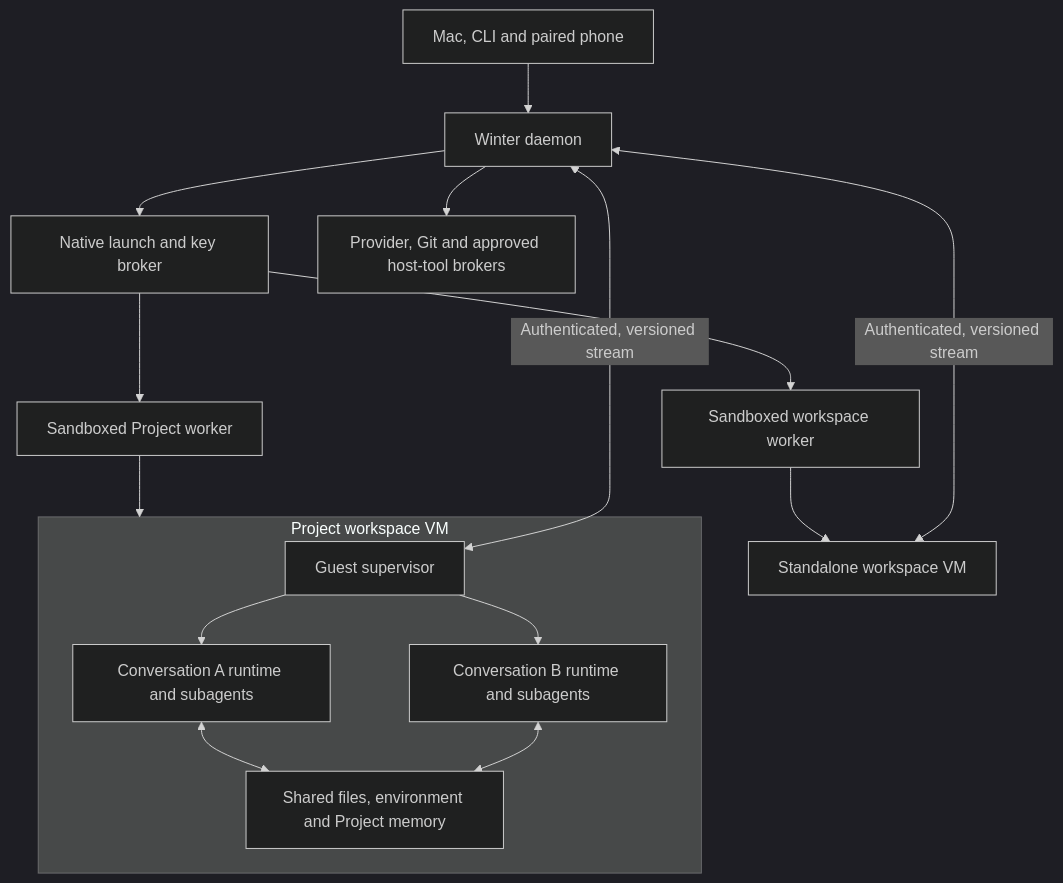
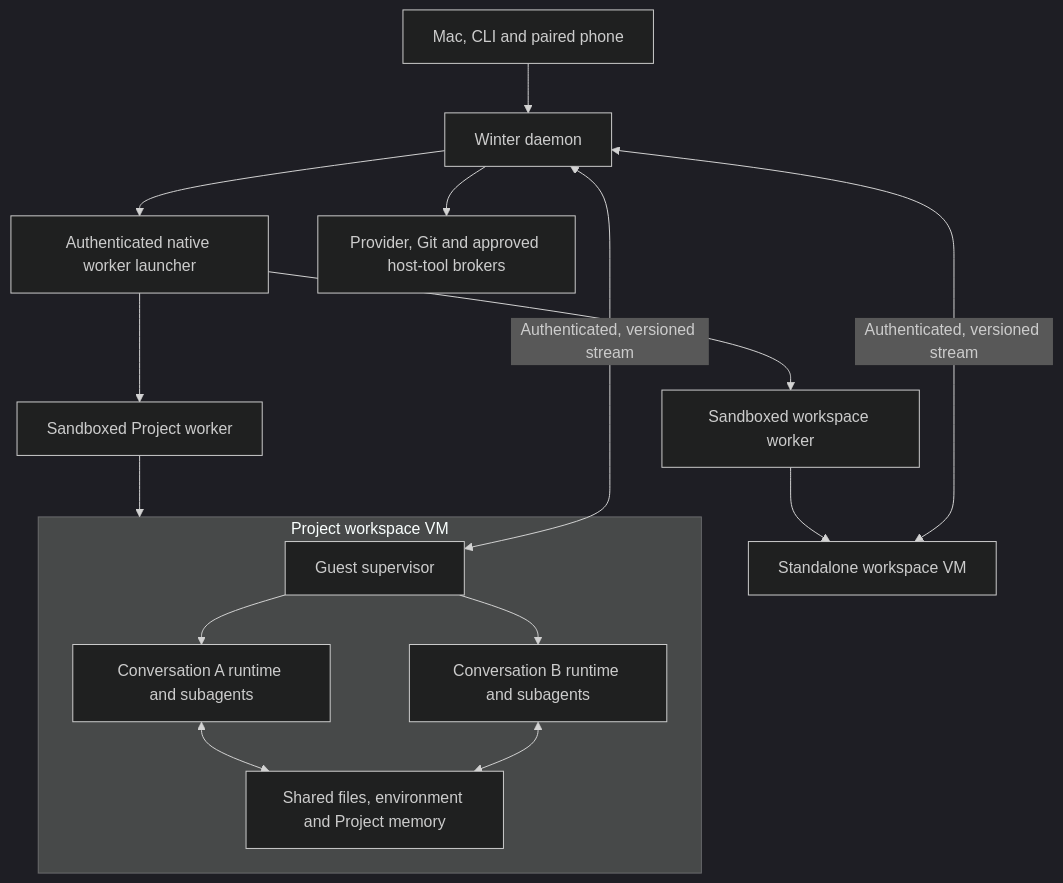
The diagram in docs/cowork-spec.md (yanlingLabs/winter), drawn with Mermaid (dark theme) before and after one commit. The commit also changed other lines of this file and 8 other files, not shown here.

````diff
--- a/docs/cowork-spec.md
+++ b/docs/cowork-spec.md
@@ -44,18 +44,18 @@
 ```mermaid
 flowchart TB
   UI[Mac, CLI and paired phone] --> D[Winter daemon]
-  D --> L[Native launch and key broker]
+  D --> L[Authenticated native worker launcher]
   D --> B[Provider, Git and approved host-tool brokers]
   L --> W1[Sandboxed workspace worker]
   L --> W2[Sandboxed Project worker]
   W1 --> S[Standalone workspace VM]
   W2 --> P
   subgraph P[Project workspace VM]
     G[Guest supervisor] --> A[Conversation A runtime and subagents]
     G --> C[Conversation B runtime and subagents]
     A <--> F[Shared files, environment and Project memory]
     C <--> F
   end
   G <-->|Authenticated, versioned stream| D
   S <-->|Authenticated, versioned stream| D
 ```
````
